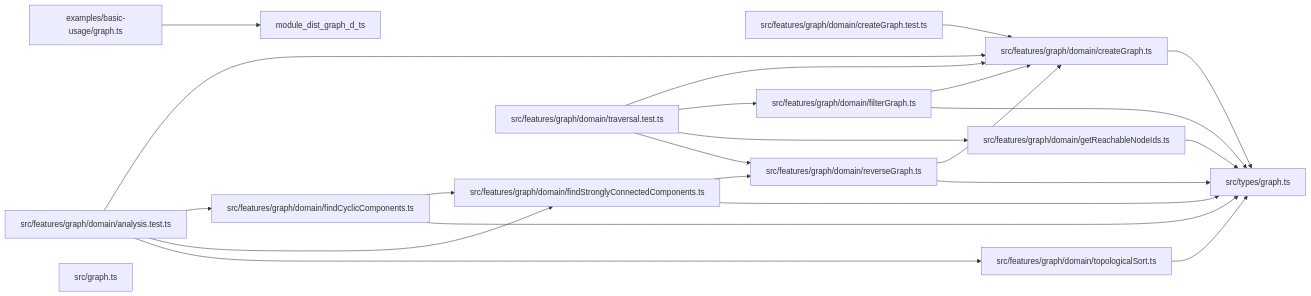
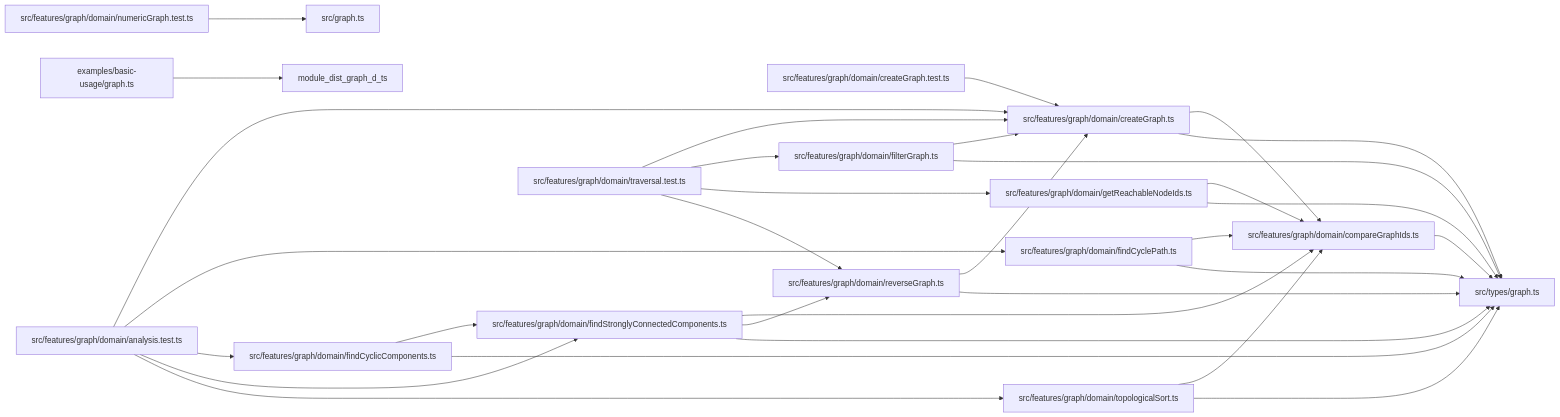
Before and after one commit to ankhorage/graph: the diagram in paradox/diagrams/module-relationships.mmd, drawn with Mermaid. The commit also changed 24 other files, not shown here.

First line of the commit message:
feat(graph): support numeric graph identifiers (#8)

```diff
--- a/paradox/diagrams/module-relationships.mmd
+++ b/paradox/diagrams/module-relationships.mmd
@@ -1,35 +1,47 @@
 graph LR
   module_examples_basic_usage_graph_ts["examples/basic-usage/graph.ts"]
   module_src_features_graph_domain_analysis_test_ts["src/features/graph/domain/analysis.test.ts"]
+  module_src_features_graph_domain_compareGraphIds_ts["src/features/graph/domain/compareGraphIds.ts"]
   module_src_features_graph_domain_createGraph_test_ts["src/features/graph/domain/createGraph.test.ts"]
   module_src_features_graph_domain_createGraph_ts["src/features/graph/domain/createGraph.ts"]
   module_src_features_graph_domain_filterGraph_ts["src/features/graph/domain/filterGraph.ts"]
+  module_src_features_graph_domain_findCyclePath_ts["src/features/graph/domain/findCyclePath.ts"]
   module_src_features_graph_domain_findCyclicComponents_ts["src/features/graph/domain/findCyclicComponents.ts"]
   module_src_features_graph_domain_findStronglyConnectedComponents_ts["src/features/graph/domain/findStronglyConnectedComponents.ts"]
   module_src_features_graph_domain_getReachableNodeIds_ts["src/features/graph/domain/getReachableNodeIds.ts"]
+  module_src_features_graph_domain_numericGraph_test_ts["src/features/graph/domain/numericGraph.test.ts"]
   module_src_features_graph_domain_reverseGraph_ts["src/features/graph/domain/reverseGraph.ts"]
   module_src_features_graph_domain_topologicalSort_ts["src/features/graph/domain/topologicalSort.ts"]
   module_src_features_graph_domain_traversal_test_ts["src/features/graph/domain/traversal.test.ts"]
   module_src_graph_ts["src/graph.ts"]
   module_src_types_graph_ts["src/types/graph.ts"]
   module_examples_basic_usage_graph_ts --> module_dist_graph_d_ts
   module_src_features_graph_domain_analysis_test_ts --> module_src_features_graph_domain_createGraph_ts
+  module_src_features_graph_domain_analysis_test_ts --> module_src_features_graph_domain_findCyclePath_ts
   module_src_features_graph_domain_analysis_test_ts --> module_src_features_graph_domain_findCyclicComponents_ts
   module_src_features_graph_domain_analysis_test_ts --> module_src_features_graph_domain_findStronglyConnectedComponents_ts
   module_src_features_graph_domain_analysis_test_ts --> module_src_features_graph_domain_topologicalSort_ts
+  module_src_features_graph_domain_compareGraphIds_ts --> module_src_types_graph_ts
   module_src_features_graph_domain_createGraph_test_ts --> module_src_features_graph_domain_createGraph_ts
+  module_src_features_graph_domain_createGraph_ts --> module_src_features_graph_domain_compareGraphIds_ts
   module_src_features_graph_domain_createGraph_ts --> module_src_types_graph_ts
   module_src_features_graph_domain_filterGraph_ts --> module_src_features_graph_domain_createGraph_ts
   module_src_features_graph_domain_filterGraph_ts --> module_src_types_graph_ts
+  module_src_features_graph_domain_findCyclePath_ts --> module_src_features_graph_domain_compareGraphIds_ts
+  module_src_features_graph_domain_findCyclePath_ts --> module_src_types_graph_ts
   module_src_features_graph_domain_findCyclicComponents_ts --> module_src_features_graph_domain_findStronglyConnectedComponents_ts
   module_src_features_graph_domain_findCyclicComponents_ts --> module_src_types_graph_ts
+  module_src_features_graph_domain_findStronglyConnectedComponents_ts --> module_src_features_graph_domain_compareGraphIds_ts
   module_src_features_graph_domain_findStronglyConnectedComponents_ts --> module_src_features_graph_domain_reverseGraph_ts
   module_src_features_graph_domain_findStronglyConnectedComponents_ts --> module_src_types_graph_ts
+  module_src_features_graph_domain_getReachableNodeIds_ts --> module_src_features_graph_domain_compareGraphIds_ts
   module_src_features_graph_domain_getReachableNodeIds_ts --> module_src_types_graph_ts
+  module_src_features_graph_domain_numericGraph_test_ts --> module_src_graph_ts
   module_src_features_graph_domain_reverseGraph_ts --> module_src_features_graph_domain_createGraph_ts
   module_src_features_graph_domain_reverseGraph_ts --> module_src_types_graph_ts
+  module_src_features_graph_domain_topologicalSort_ts --> module_src_features_graph_domain_compareGraphIds_ts
   module_src_features_graph_domain_topologicalSort_ts --> module_src_types_graph_ts
   module_src_features_graph_domain_traversal_test_ts --> module_src_features_graph_domain_createGraph_ts
   module_src_features_graph_domain_traversal_test_ts --> module_src_features_graph_domain_filterGraph_ts
   module_src_features_graph_domain_traversal_test_ts --> module_src_features_graph_domain_getReachableNodeIds_ts
   module_src_features_graph_domain_traversal_test_ts --> module_src_features_graph_domain_reverseGraph_ts
```
